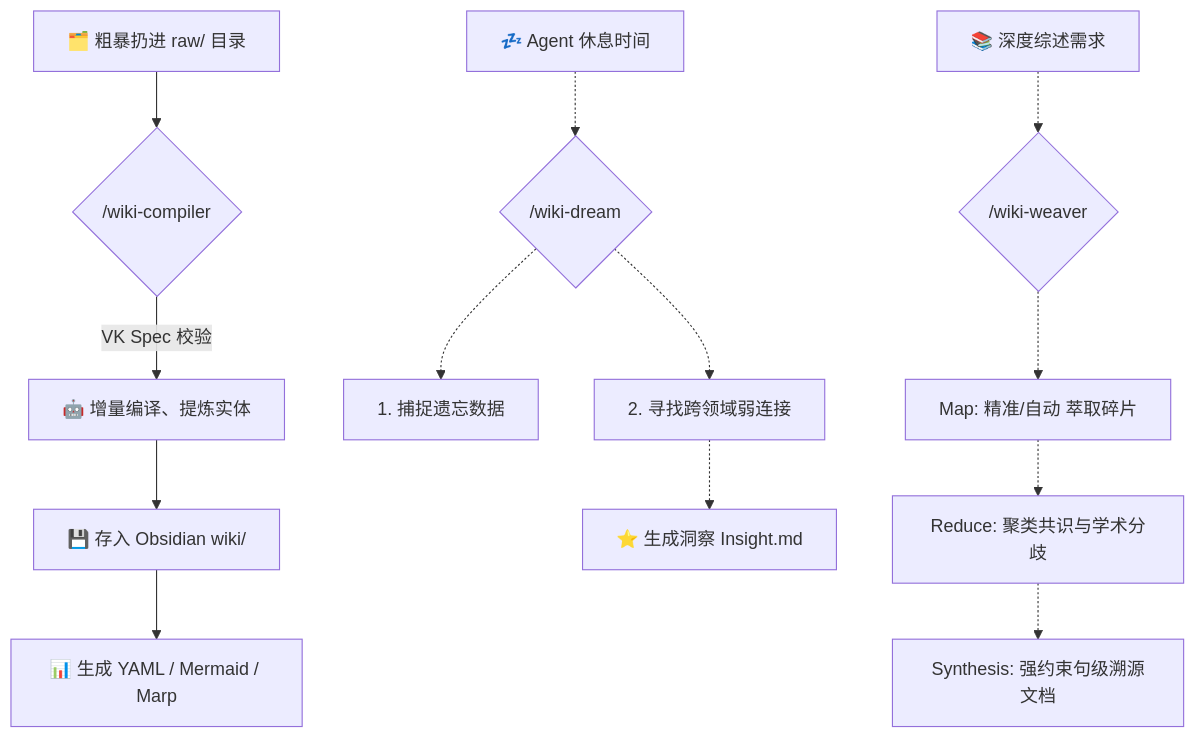
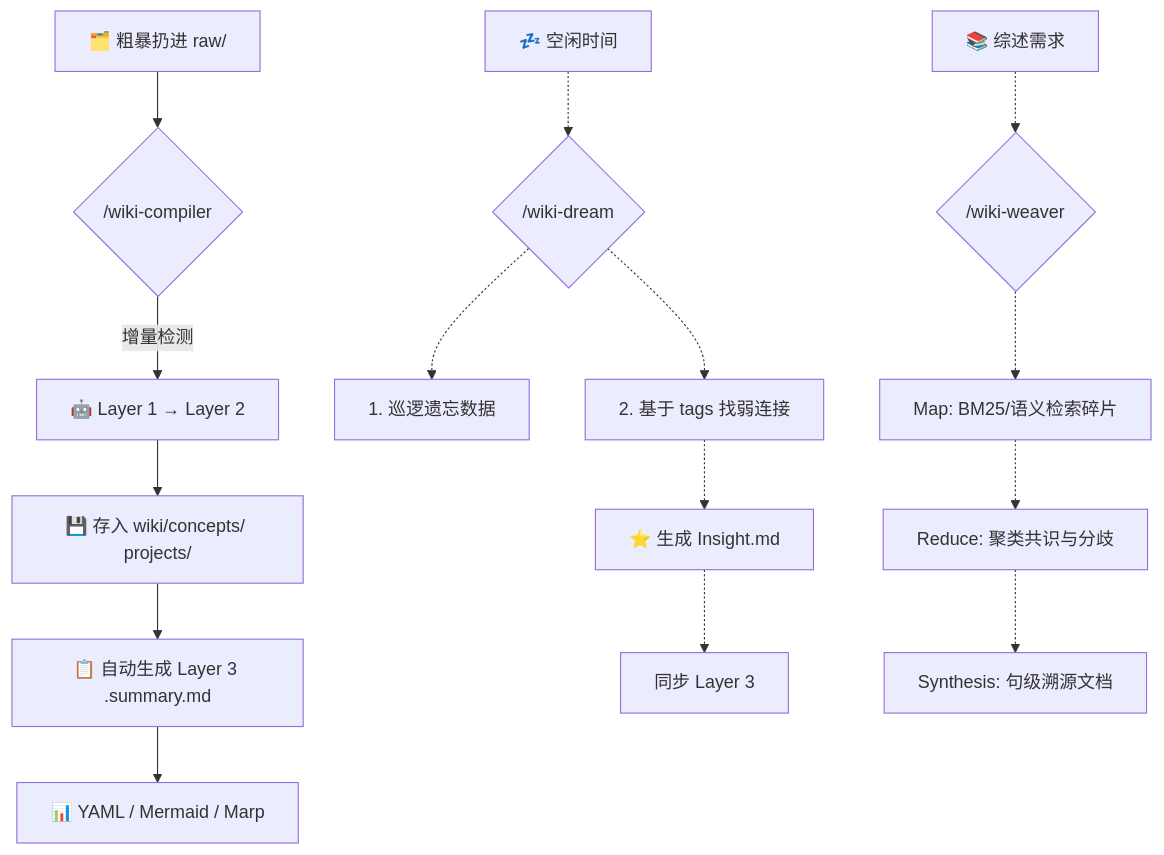
Before and after one commit to zhangpelf/wiki-compiler: the diagram in README.md, drawn with Mermaid. The commit also changed other lines of this file, not shown here.

First line of the commit message:
docs: update README for V3 three-layer CNN architecture

````diff
--- a/README.md
+++ b/README.md
@@ -47,17 +109,19 @@
 ```mermaid
 graph TD
-    A[🗂️ 粗暴扔进 raw/ 目录] --> B{/wiki-compiler};
-    B -->|VK Spec 校验| C[🤖 增量编译、提炼实体];
-    C --> D[💾 存入 Obsidian wiki/];
-    D --> E[📊 生成 YAML / Mermaid / Marp];
+    A[🗂️ 粗暴扔进 raw/] --> B{/wiki-compiler}
+    B -->|增量检测| C[🤖 Layer 1 → Layer 2]
+    C --> D[💾 存入 wiki/concepts/ projects/]
+    D --> E[📋 自动生成 Layer 3 .summary.md]
+    E --> F[📊 YAML / Mermaid / Marp]
     
-    Z[💤 Agent 休息时间] -.-> F{/wiki-dream};
-    F -.-> G[1. 捕捉遗忘数据];
-    F -.-> H[2. 寻找跨领域弱连接];
-    H -.-> I[⭐ 生成洞察 Insight.md];
-
-    W[📚 深度综述需求] -.-> J{/wiki-weaver};
-    J -.-> K[Map: 精准/自动 萃取碎片];
-    K -.-> L[Reduce: 聚类共识与学术分歧];
-    L -.-> M[Synthesis: 强约束句级溯源文档];
+    Z[💤 空闲时间] -.-> G{/wiki-dream}
+    G -.-> H[1. 巡逻遗忘数据]
+    G -.-> I[2. 基于 tags 找弱连接]
+    I -.-> J[⭐ 生成 Insight.md]
+    J -.-> K[同步 Layer 3]
+    
+    W[📚 综述需求] -.-> L{/wiki-weaver}
+    L -.-> M[Map: BM25/语义检索碎片]
+    M -.-> N[Reduce: 聚类共识与分歧]
+    N -.-> O[Synthesis: 句级溯源文档]
 ```
````
